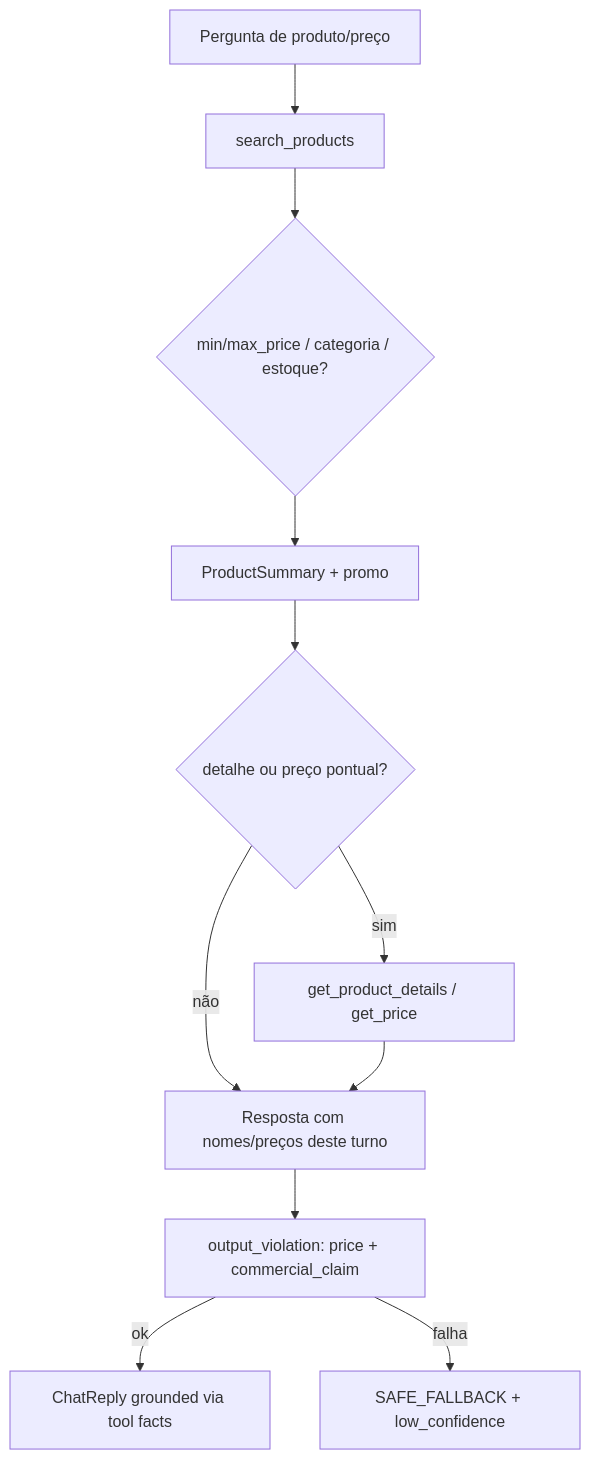
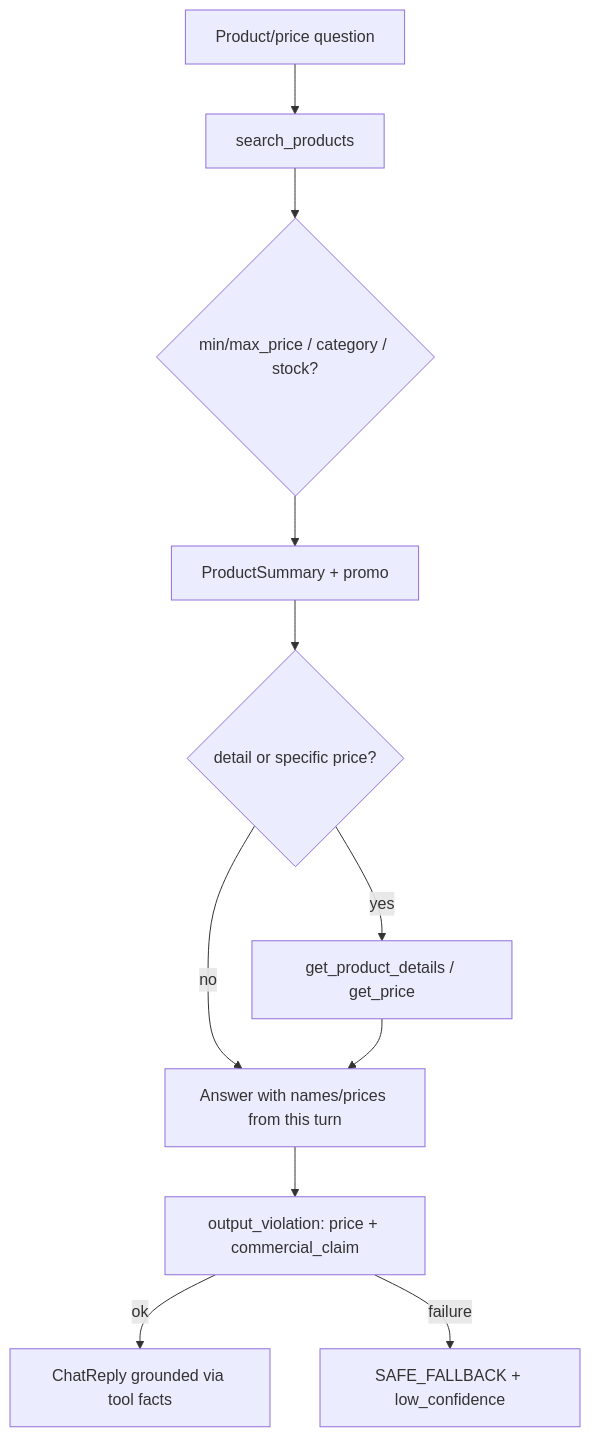
One commit to antonioreal97/Artefact_case changed the second of 9 diagrams in docs/customer-service-flows.md. Above: the diagram before and after it, drawn with Mermaid. The commit also changed other lines of this file and 47 other files, not shown here.

````diff
--- a/docs/customer-service-flows.md
+++ b/docs/customer-service-flows.md
@@ -95,13 +97,13 @@
 ```mermaid
 flowchart TD
-  q["Pergunta de produto/preço"] --> sp["search_products"]
-  sp --> filter{"min/max_price / categoria / estoque?"}
+  q["Product/price question"] --> sp["search_products"]
+  sp --> filter{"min/max_price / category / stock?"}
   filter --> items["ProductSummary + promo"]
-  items --> detail{"detalhe ou preço pontual?"}
-  detail -->|"sim"| gd["get_product_details / get_price"]
-  detail -->|"não"| answer["Resposta com nomes/preços deste turno"]
+  items --> detail{"detail or specific price?"}
+  detail -->|"yes"| gd["get_product_details / get_price"]
+  detail -->|"no"| answer["Answer with names/prices from this turn"]
   gd --> answer
   answer --> ov["output_violation: price + commercial_claim"]
   ov -->|"ok"| ok["ChatReply grounded via tool facts"]
-  ov -->|"falha"| sf["SAFE_FALLBACK + low_confidence"]
+  ov -->|"failure"| sf["SAFE_FALLBACK + low_confidence"]
 ```
````
